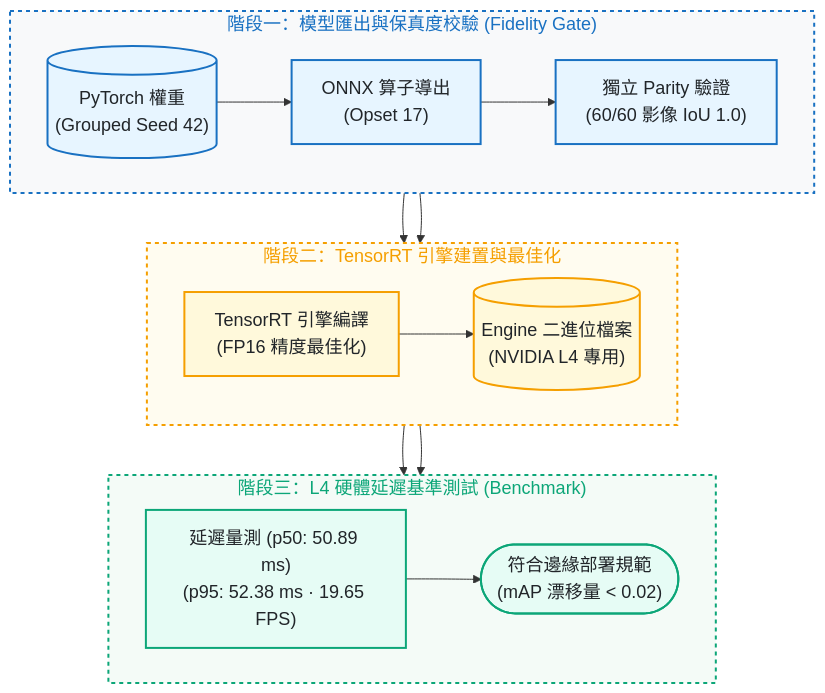
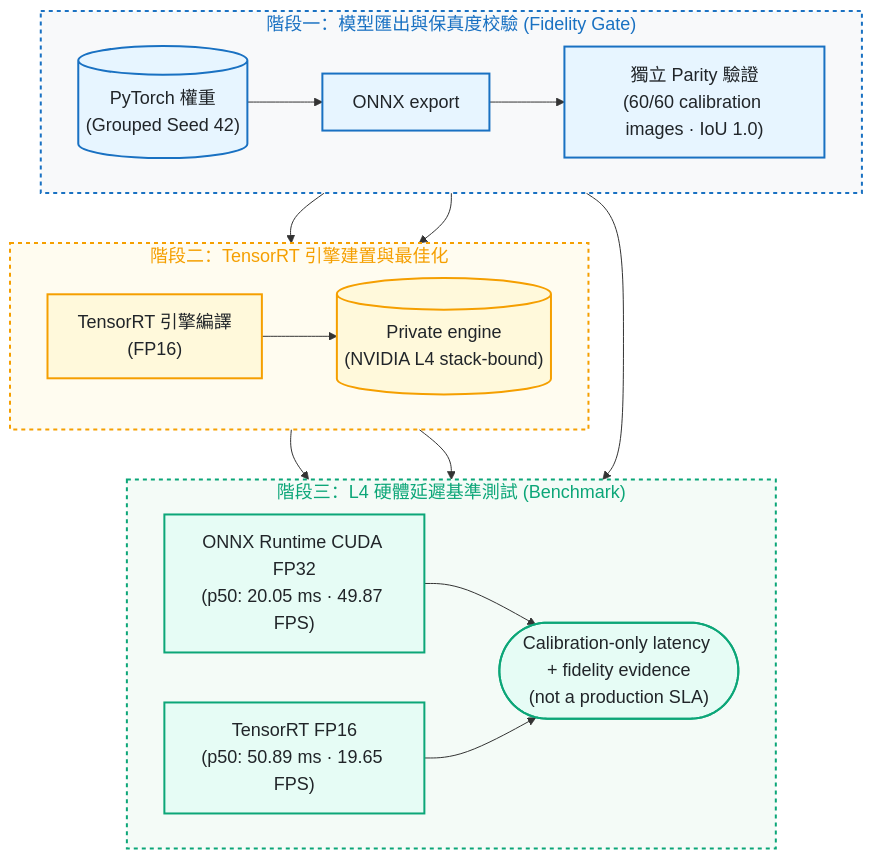
Before and after one commit to kuotunyu/pcb-defect-detection: the second of 2 diagrams in README.md, drawn with Mermaid. The commit also changed other lines of this file and 9 other files, not shown here.

````diff
--- a/README.md
+++ b/README.md
@@ -69,32 +78,34 @@
 ```mermaid
 %%{init: {'themeVariables': {'fontSize': '18px'}}}%%
 flowchart TD
     subgraph ExportStage ["階段一：模型匯出與保真度校驗 (Fidelity Gate)"]
         direction LR
-        PyTorch[("PyTorch 權重<br/>(Grouped Seed 42)")] --> ONNX["ONNX 算子導出<br/>(Opset 17)"] --> Parity["獨立 Parity 驗證<br/>(60/60 影像 IoU 1.0)"]
+        PyTorch[("PyTorch 權重<br/>(Grouped Seed 42)")] --> ONNX["ONNX export"] --> Parity["獨立 Parity 驗證<br/>(60/60 calibration images · IoU 1.0)"]
     end
 
     subgraph EngineStage ["階段二：TensorRT 引擎建置與最佳化"]
         direction LR
-        Parity --> TRT["TensorRT 引擎編譯<br/>(FP16 精度最佳化)"] --> Engine[("Engine 二進位檔案<br/>(NVIDIA L4 專用)")]
+        Parity --> TRT["TensorRT 引擎編譯<br/>(FP16)"] --> Engine[("Private engine<br/>(NVIDIA L4 stack-bound)")]
     end
 
     subgraph BenchStage ["階段三：L4 硬體延遲基準測試 (Benchmark)"]
         direction LR
-        Engine --> Latency["延遲量測 (p50: 50.89 ms)<br/>(p95: 52.38 ms · 19.65 FPS)"] --> Out(["符合邊緣部署規範<br/>(mAP 漂移量 < 0.02)"])
+        Parity --> ORT["ONNX Runtime CUDA FP32<br/>(p50: 20.05 ms · 49.87 FPS)"]
+        Engine --> TRTLatency["TensorRT FP16<br/>(p50: 50.89 ms · 19.65 FPS)"]
+        ORT & TRTLatency --> Out(["Calibration-only latency + fidelity evidence<br/>(not a production SLA)"])
     end
 
     ExportStage --> EngineStage --> BenchStage
 
     classDef srcStyle fill:#e7f5ff,stroke:#1971c2,stroke-width:2px,color:#212529
     classDef procStyle fill:#fff9db,stroke:#f59f00,stroke-width:2px,color:#212529
     classDef evalStyle fill:#e6fcf5,stroke:#0ca678,stroke-width:2px,color:#212529
 
     class PyTorch,ONNX,Parity srcStyle
     class TRT,Engine procStyle
-    class Latency,Out evalStyle
+    class ORT,TRTLatency,Out evalStyle
 
     style ExportStage fill:#f8f9fa,stroke:#1971c2,stroke-width:2px,color:#1971c2,stroke-dasharray: 4 4
     style EngineStage fill:#fffcf0,stroke:#f59f00,stroke-width:2px,color:#f59f00,stroke-dasharray: 4 4
     style BenchStage fill:#f4fbf7,stroke:#0ca678,stroke-width:2px,color:#0ca678,stroke-dasharray: 4 4
 ```
````
